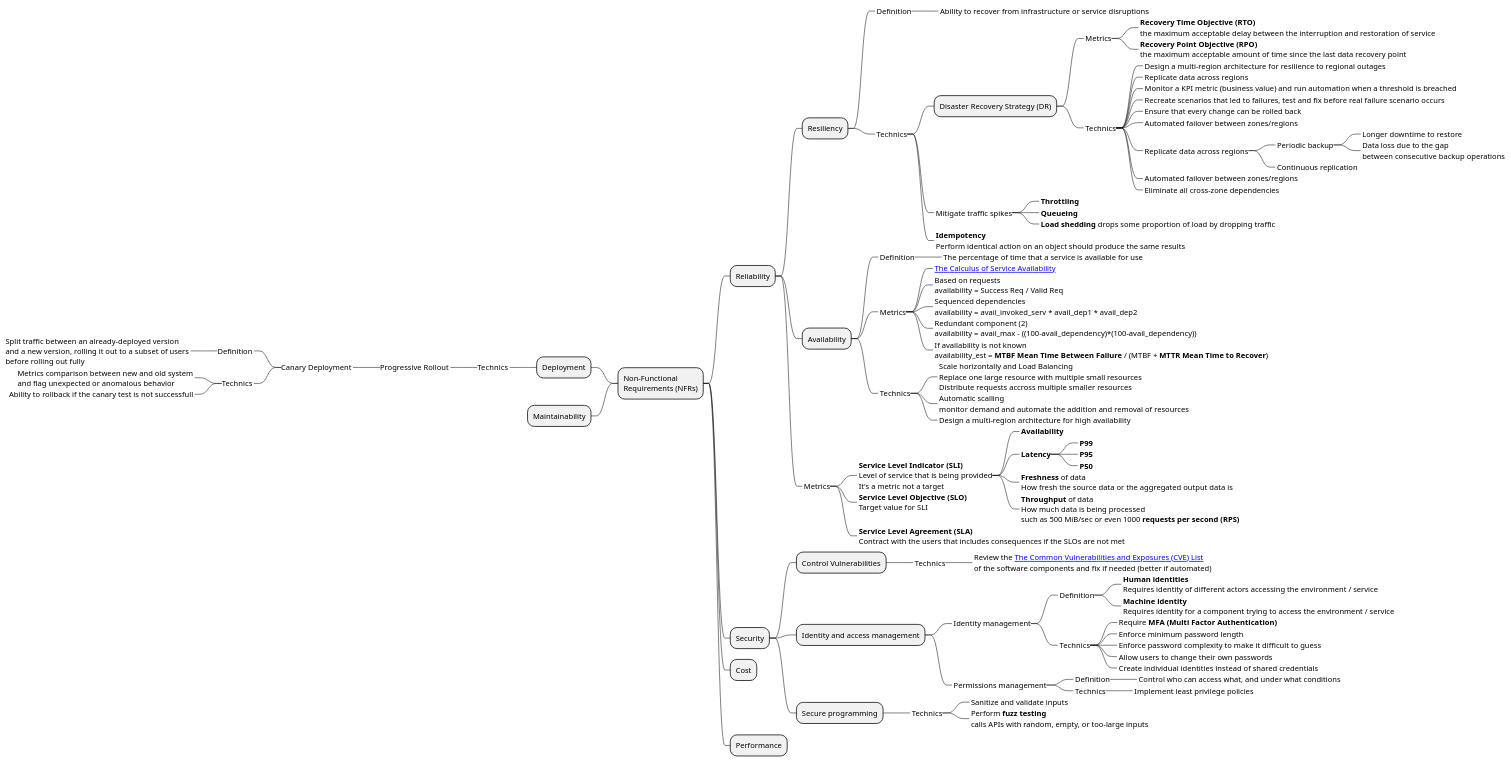
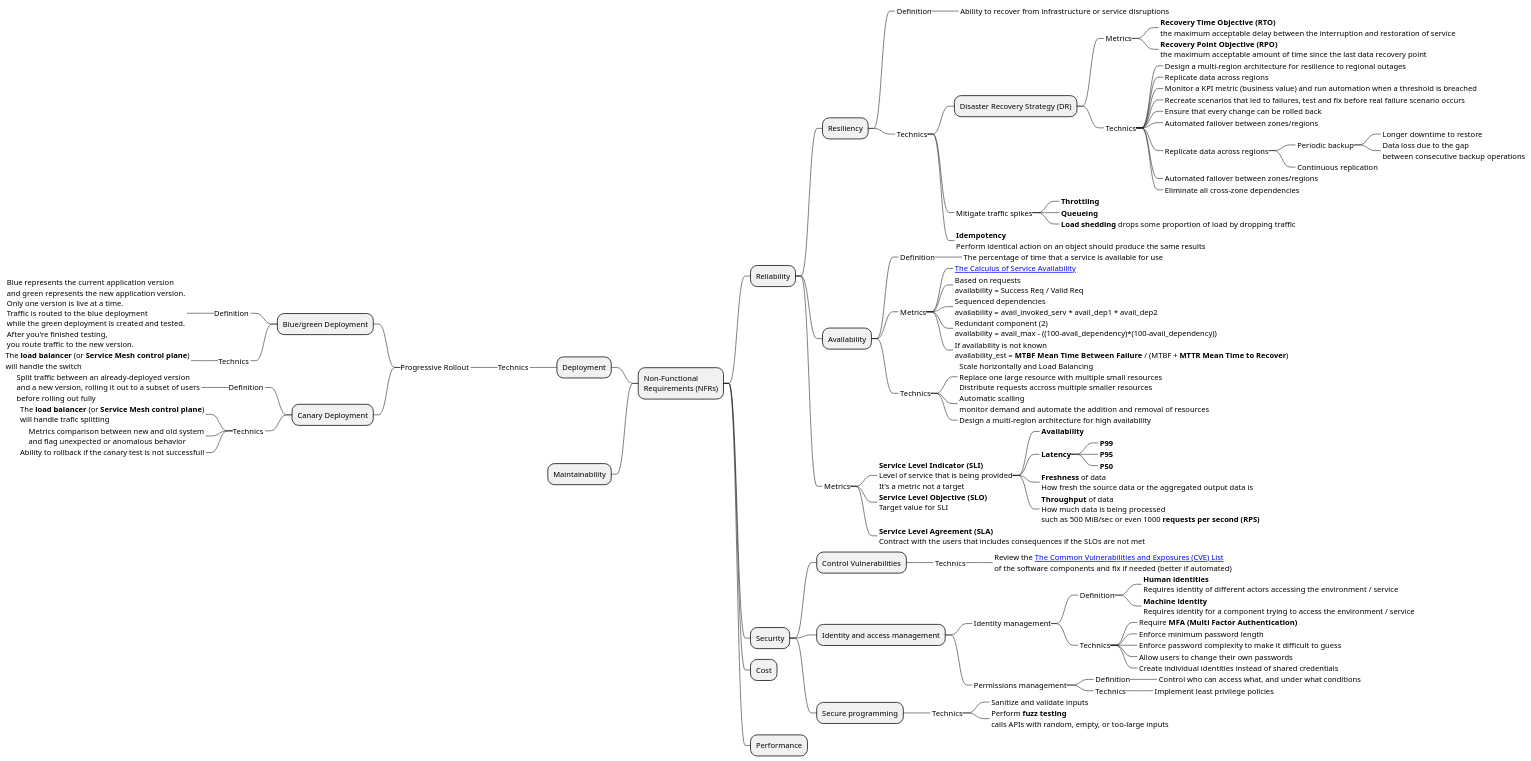
Before and after one commit to anaselhajjaji/non-functional-requirements-map: the diagram in non-functional-requirements-map.pu, drawn with PlantUML.

Commit message:
adds deployment

```diff
--- a/non-functional-requirements-map.pu
+++ b/non-functional-requirements-map.pu
@@ -1,100 +1,106 @@
 @startmindmap "Non-Functional Requirements Map"
 
 + Non-Functional\nRequirements (NFRs)
 
 ++ Reliability
 +++ Resiliency
 ++++_ Definition
 +++++_ Ability to recover from infrastructure or service disruptions
 ++++_ Technics
 +++++ Disaster Recovery Strategy (DR)
 ++++++_ Metrics
 +++++++_ **Recovery Time Objective (RTO)**\nthe maximum acceptable delay between the interruption and restoration of service
 +++++++_ **Recovery Point Objective (RPO)**\nthe maximum acceptable amount of time since the last data recovery point
 ++++++_ Technics
 +++++++_ Design a multi-region architecture for resilience to regional outages
 +++++++_ Replicate data across regions
 +++++++_ Monitor a KPI metric (business value) and run automation when a threshold is breached
 +++++++_ Recreate scenarios that led to failures, test and fix before real failure scenario occurs
 +++++++_ Ensure that every change can be rolled back
 +++++++_ Automated failover between zones/regions
 +++++++_ Replicate data across regions
 ++++++++_ Periodic backup
 +++++++++_ Longer downtime to restore
 +++++++++_ Data loss due to the gap\nbetween consecutive backup operations
 ++++++++_ Continuous replication
 +++++++_ Automated failover between zones/regions
 +++++++_ Eliminate all cross-zone dependencies
 +++++_ Mitigate traffic spikes
 ++++++_ **Throttling**
 ++++++_ **Queueing**
 ++++++_ **Load shedding** drops some proportion of load by dropping traffic
 +++++_ **Idempotency**\nPerform identical action on an object should produce the same results
 +++ Availability
 ++++_ Definition
 +++++_ The percentage of time that a service is available for use
 ++++_ Metrics
 +++++_ [[https://research.google/pubs/pub46285/ The Calculus of Service Availability]]
 +++++_ Based on requests\navailability = Success Req / Valid Req
 +++++_ Sequenced dependencies\navailability = avail_invoked_serv * avail_dep1 * avail_dep2
 +++++_ Redundant component (2)\navailability = avail_max - ((100-avail_dependency)*(100-avail_dependency))
 +++++_ If availability is not known\navailability_est = **MTBF Mean Time Between Failure** / (MTBF + **MTTR Mean Time to Recover**)
 ++++_ Technics
 +++++_ Scale horizontally and Load Balancing\nReplace one large resource with multiple small resources\nDistribute requests accross multiple smaller resources
 +++++_ Automatic scalling\nmonitor demand and automate the addition and removal of resources
 +++++_ Design a multi-region architecture for high availability
 
 +++_ Metrics
 ++++_ **Service Level Indicator (SLI)**\nLevel of service that is being provided\nIt's a metric not a target
 +++++_ **Availability**
 +++++_ **Latency**
 ++++++_ **P99**
 ++++++_ **P95**
 ++++++_ **P50**
 +++++_ **Freshness** of data\nHow fresh the source data or the aggregated output data is
 +++++_ **Throughput** of data\nHow much data is being processed\nsuch as 500 MiB/sec or even 1000 **requests per second (RPS)**
 ++++_ **Service Level Objective (SLO)**\nTarget value for SLI
 ++++_ **Service Level Agreement (SLA)**\nContract with the users that includes consequences if the SLOs are not met
 
 ++ Security
 +++ Control Vulnerabilities
 ++++_ Technics
 +++++_ Review the [[https://cve.mitre.org/ The Common Vulnerabilities and Exposures (CVE) List]]\nof the software components and fix if needed (better if automated)
 +++ Identity and access management
 ++++_ Identity management
 +++++_ Definition
 ++++++_ **Human identities**\nRequires identity of different actors accessing the environment / service
 ++++++_ **Machine identity**\nRequires identity for a component trying to access the environment / service
 +++++_ Technics
 ++++++_ Require **MFA (Multi Factor Authentication)**
 ++++++_ Enforce minimum password length
 ++++++_ Enforce password complexity to make it difficult to guess
 ++++++_ Allow users to change their own passwords
 ++++++_ Create individual identities instead of shared credentials
 ++++_ Permissions management
 +++++_ Definition
 ++++++_ Control who can access what, and under what conditions
 +++++_ Technics
 ++++++_ Implement least privilege policies
 +++ Secure programming
 ++++_ Technics
 +++++_ Sanitize and validate inputs
 +++++_ Perform **fuzz testing**\ncalls APIs with random, empty, or too-large inputs
 
 
 ++ Cost
 ++ Performance
 
 -- Deployment
 ---_ Technics
 ----_ Progressive Rollout
------_ Canary Deployment
+----- Blue/green Deployment
+------_ Definition
+-------_ Blue represents the current application version\nand green represents the new application version.\nOnly one version is live at a time.\nTraffic is routed to the blue deployment\nwhile the green deployment is created and tested.\nAfter you're finished testing,\nyou route traffic to the new version.
+------_ Technics
+-------_ The **load balancer** (or **Service Mesh control plane**)\nwill handle the switch
+----- Canary Deployment
 ------_ Definition
 -------_ Split traffic between an already-deployed version\nand a new version, rolling it out to a subset of users\nbefore rolling out fully
 ------_ Technics
+-------_ The **load balancer** (or **Service Mesh control plane**)\nwill handle trafic splitting
 -------_ Metrics comparison between new and old system\nand flag unexpected or anomalous behavior
 -------_ Ability to rollback if the canary test is not successfull
 
 -- Maintainability
 
 @endmindmap
```
